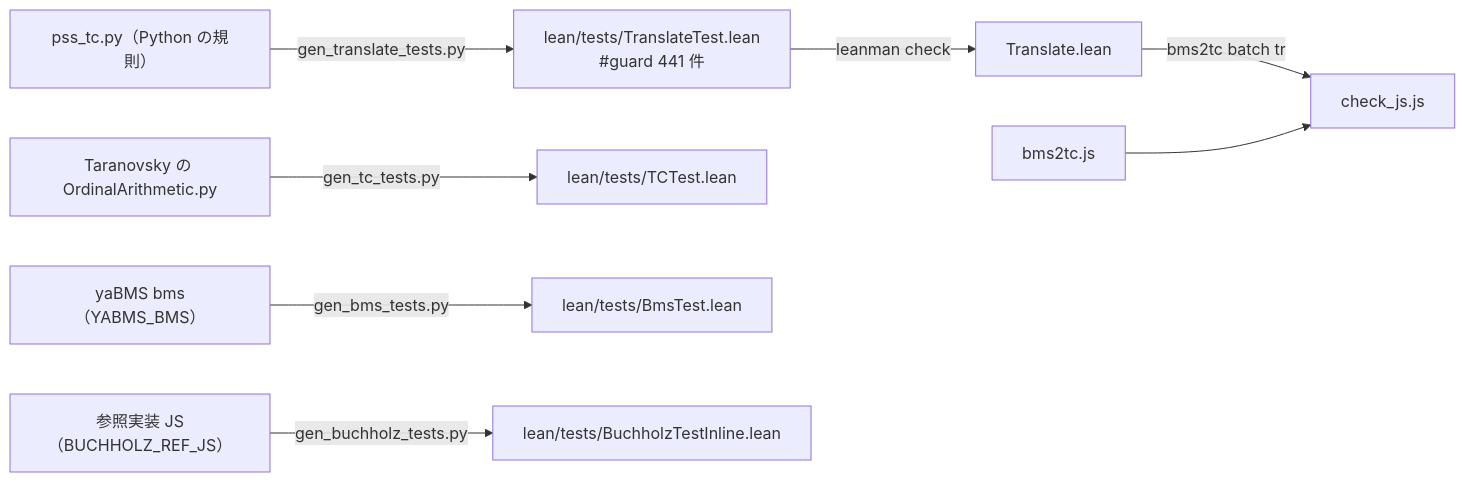
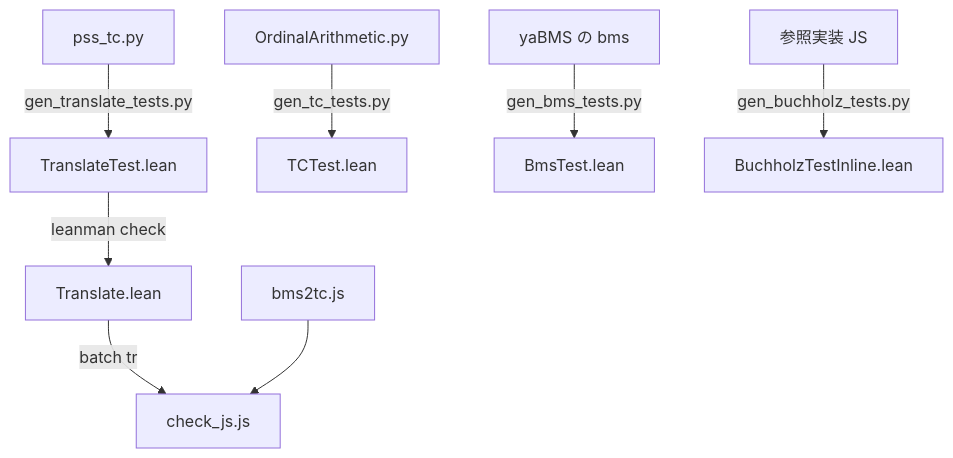
Before and after one commit to koteitan/bms-vs-taranovskys-c: the fourth of 4 diagrams in tools/README.md, drawn with Mermaid. The commit also changed other lines of this file, not shown here.

First line of the commit message:
Make tools/README.md diagrams readable

````diff
--- a/tools/README.md
+++ b/tools/README.md
@@ -86,10 +139,10 @@
 ```mermaid
-flowchart LR
-  py["pss_tc.py（Python の規則）"] -->|"gen_translate_tests.py"| tt["lean/tests/TranslateTest.lean<br/>#guard 441 件"]
+flowchart TB
+  py["pss_tc.py"] -->|"gen_translate_tests.py"| tt["TranslateTest.lean"]
   tt -->|"leanman check"| lean["Translate.lean"]
-  lean -->|"bms2tc batch tr"| cj["check_js.js"]
+  lean -->|"batch tr"| cj["check_js.js"]
   js["bms2tc.js"] --> cj
-  tcpy["Taranovsky の OrdinalArithmetic.py"] -->|"gen_tc_tests.py"| tct["lean/tests/TCTest.lean"]
-  ya["yaBMS bms（YABMS_BMS）"] -->|"gen_bms_tests.py"| bt["lean/tests/BmsTest.lean"]
-  ref["参照実装 JS（BUCHHOLZ_REF_JS）"] -->|"gen_buchholz_tests.py"| bht["lean/tests/BuchholzTestInline.lean"]
+  tcpy["OrdinalArithmetic.py"] -->|"gen_tc_tests.py"| tct["TCTest.lean"]
+  ya["yaBMS の bms"] -->|"gen_bms_tests.py"| bt["BmsTest.lean"]
+  ref["参照実装 JS"] -->|"gen_buchholz_tests.py"| bht["BuchholzTestInline.lean"]
 ```
````
